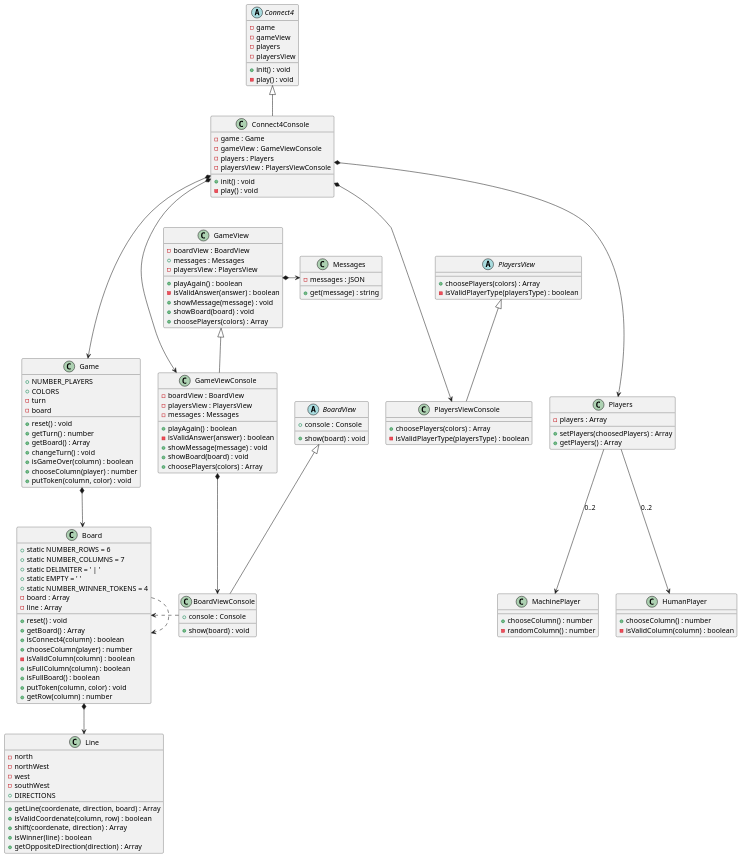
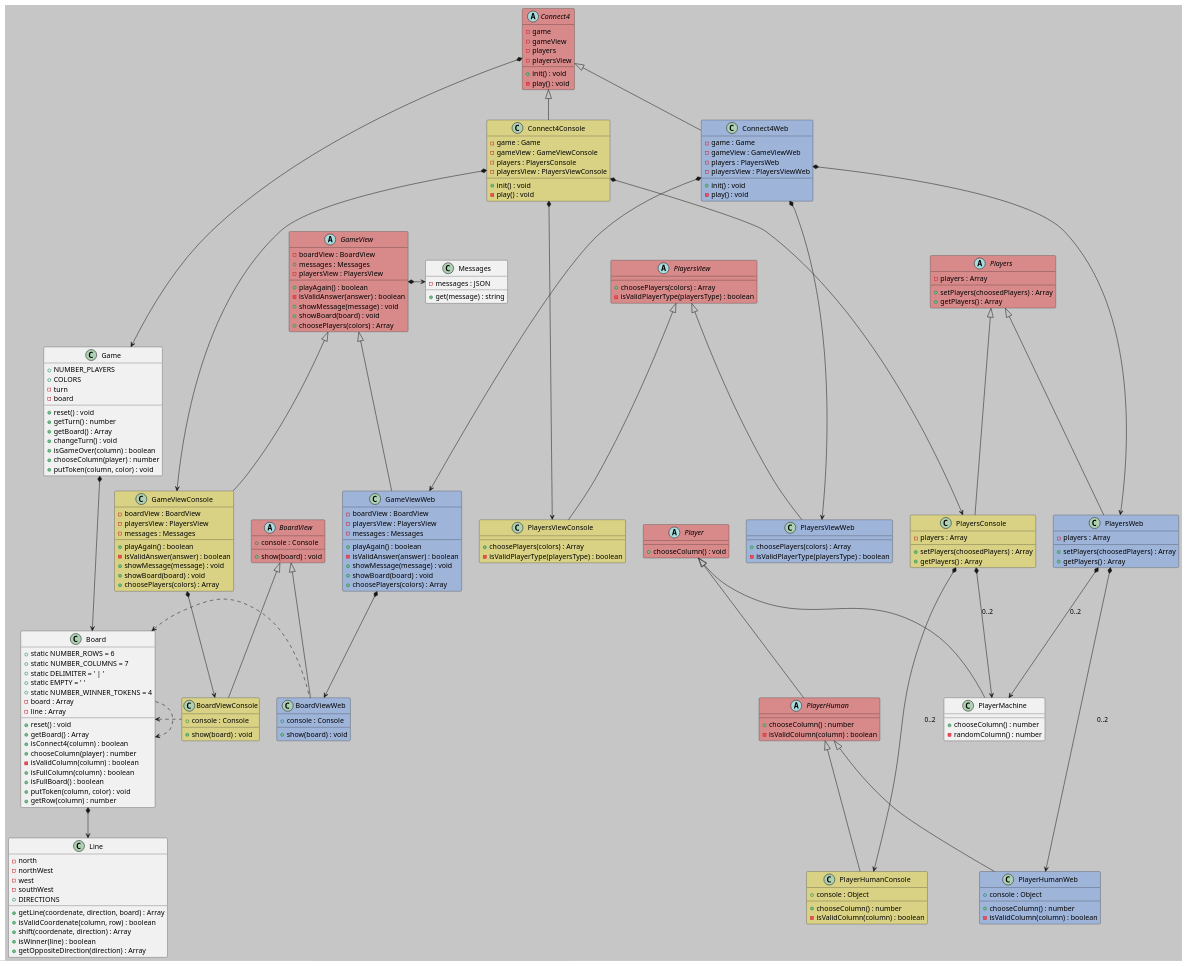
Before and after one commit to BernatQI/Master-Programacion-Diseno-Software: the diagram in Connect4/oop-js-clases/UML/PlantUML/structure-diagrams/classes-diagram.plantuml, drawn with PlantUML. The commit also changed 12 other files, not shown here.

Commit message:
Inheritance Classes UML | Abstract, Console & Web

```diff
--- a/Connect4/oop-js-clases/UML/PlantUML/structure-diagrams/classes-diagram.plantuml
+++ b/Connect4/oop-js-clases/UML/PlantUML/structure-diagrams/classes-diagram.plantuml
@@ -1,6 +1,8 @@
 @startuml "Classes Diagram"
 
-abstract class Connect4 {
+skinparam backGroundColor #69696936
+
+abstract class Connect4 #ff00004f {
   - game
   - gameView
   - players
@@ -10,11 +12,21 @@
   - play() : void
 }
 
-class Connect4Console extends Connect4 {
+class Connect4Console #ffea0054 extends Connect4 {
   - game : Game
   - gameView : GameViewConsole
-  - players : Players
+  - players : PlayersConsole
   - playersView : PlayersViewConsole
+
+  + init() : void
+  - play() : void
+}
+
+class Connect4Web #4e90ff54 extends Connect4 {
+  - game : Game
+  - gameView : GameViewWeb
+  - players : PlayersWeb
+  - playersView : PlayersViewWeb
 
   + init() : void
   - play() : void
@@ -35,7 +47,7 @@
   + putToken(column, color) : void
 }
 
-class GameView {
+abstract class GameView #ff00004f {
   - boardView : BoardView
   + messages : Messages
   - playersView : PlayersView
@@ -47,7 +59,19 @@
   + choosePlayers(colors) : Array
 }
 
-class GameViewConsole  extends GameView {
+class GameViewConsole #ffea0054 extends GameView {
+  - boardView : BoardView
+  - playersView : PlayersView
+  - messages : Messages
+
+  + playAgain() : boolean
+  - isValidAnswer(answer) : boolean
+  + showMessage(message) : void
+  + showBoard(board) : void
+  + choosePlayers(colors) : Array
+}
+
+class GameViewWeb #4e90ff54 extends GameView {
   - boardView : BoardView
   - playersView : PlayersView
   - messages : Messages
@@ -79,39 +103,84 @@
   + getRow(column) : number
 }
 
-abstract class BoardView {
+abstract class BoardView #ff00004f {
   + console : Console
 
   + show(board) : void
 }
 
-class BoardViewConsole extends BoardView {
+class BoardViewConsole #ffea0054 extends BoardView {
   + console : Console
 
   + show(board) : void
 }
 
-class Players {
+class BoardViewWeb #4e90ff54 extends BoardView {
+  + console : Console
+
+  + show(board) : void
+}
+
+abstract class Players #ff00004f {
   - players : Array
 
   + setPlayers(choosedPlayers) : Array
   + getPlayers() : Array
 }
-abstract class PlayersView {
+
+class PlayersConsole #ffea0054 extends Players {
+  - players : Array
+
+  + setPlayers(choosedPlayers) : Array
+  + getPlayers() : Array
+}
+
+class PlayersWeb #4e90ff54 extends Players {
+  - players : Array
+
+  + setPlayers(choosedPlayers) : Array
+  + getPlayers() : Array
+}
+
+abstract class PlayersView #ff00004f {
   + choosePlayers(colors) : Array
   - isValidPlayerType(playersType) : boolean
 }
 
-class PlayersViewConsole extends PlayersView {
+class PlayersViewConsole #ffea0054 extends PlayersView {
   + choosePlayers(colors) : Array
   - isValidPlayerType(playersType) : boolean
 }
 
-class HumanPlayer {
+class PlayersViewWeb #4e90ff54 extends PlayersView {
+  + choosePlayers(colors) : Array
+  - isValidPlayerType(playersType) : boolean
+}
+
+abstract class Player #ff00004f {
+  + chooseColumn() : void
+}
+
+abstract class PlayerHuman #ff00004f extends Player {
   + chooseColumn() : number
   - isValidColumn(column) : boolean
 }
-class MachinePlayer {
+
+class PlayerHumanConsole #ffea0054 extends PlayerHuman {
+  + console : Object
+
+  + chooseColumn() : number
+  - isValidColumn(column) : boolean
+}
+
+class PlayerHumanWeb #4e90ff54 extends PlayerHuman {
+  + console : Object
+
+  + chooseColumn() : number
+  - isValidColumn(column) : boolean
+}
+
+class PlayerMachine extends Player {
   + chooseColumn() : number
   - randomColumn() : number
 }
@@ -136,22 +205,35 @@
   + get(message) : string
 }
 
-Connect4Console *--down-> Game
-Connect4Console *--down-> Players
-Connect4Console *--down-> PlayersViewConsole
-Connect4Console *--down-> GameViewConsole
+Connect4 *--down-> Game
 
 Game *-down-> Board
 
-GameViewConsole *-down-> BoardViewConsole
 GameView *-> Messages
 
 Board *-down-> Line
 Board .> Board
 
+Connect4Console *--down-> PlayersConsole
+Connect4Console *--down-> PlayersViewConsole
+Connect4Console *--down-> GameViewConsole
+
+Connect4Web *--down-> PlayersWeb
+Connect4Web *--down-> PlayersViewWeb
+Connect4Web *--down-> GameViewWeb
+
+GameViewConsole *-down-> BoardViewConsole
+
+GameViewWeb *-down-> BoardViewWeb
+
 BoardViewConsole .left.> Board
 
-Players -down-> HumanPlayer : 0..2
-Players -down-> MachinePlayer : 0..2
+BoardViewWeb .left.> Board
+
+PlayersConsole *--down-> PlayerHumanConsole : 0..2
+PlayersConsole *-down-> PlayerMachine : 0..2
+
+PlayersWeb *--down-> PlayerHumanWeb : 0..2
+PlayersWeb *-down-> PlayerMachine : 0..2
 
 @enduml
```
